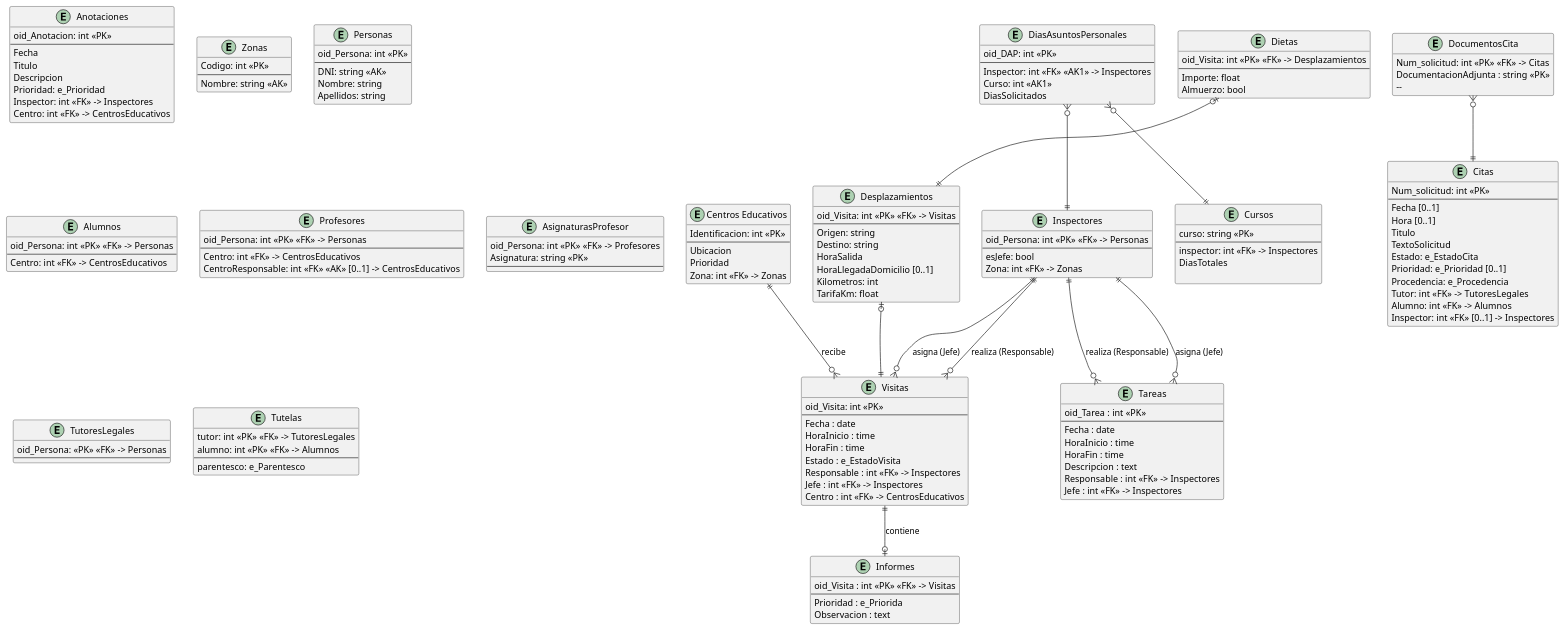
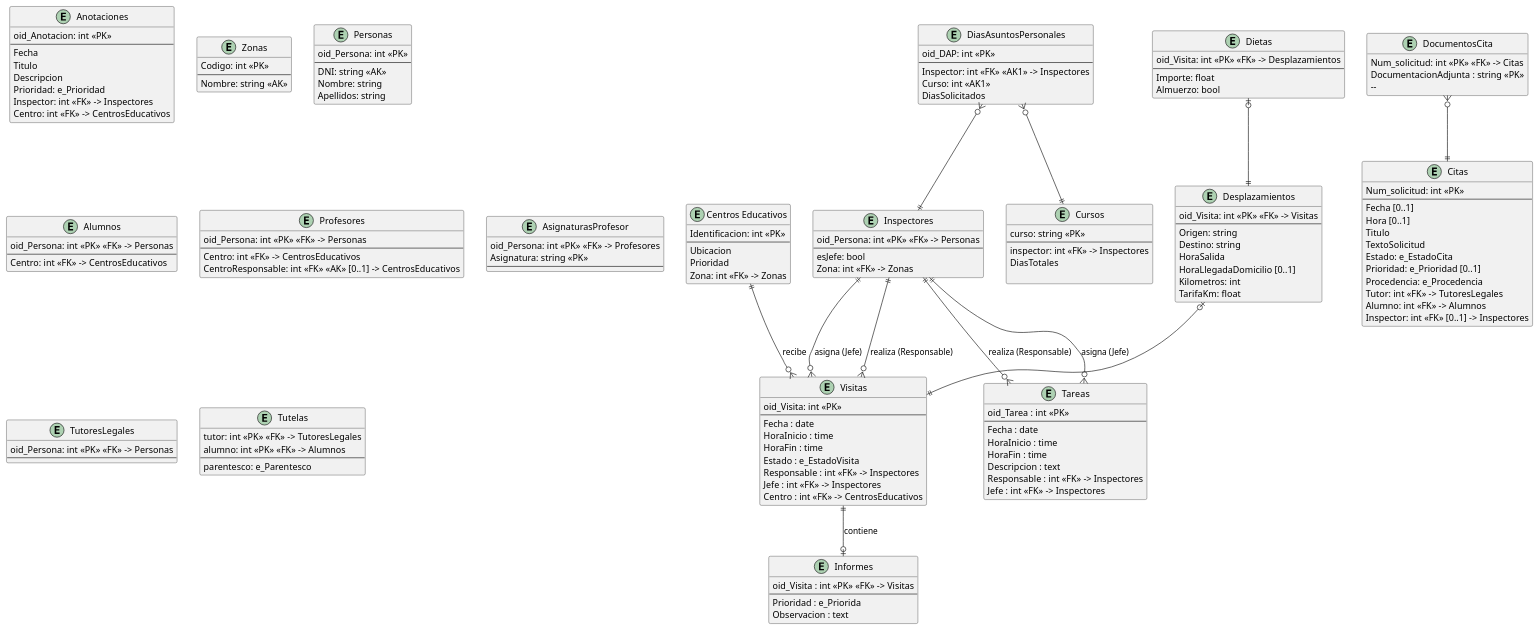
Before and after one commit to lorenzomaranon/ProyectoBD_Inspeccion_Educativa: the diagram in modelado/modelado_relacional.puml, drawn with PlantUML.

Commit message:
Finaliza tipos bloque personas

```diff
--- a/modelado/modelado_relacional.puml
+++ b/modelado/modelado_relacional.puml
@@ -1,178 +1,178 @@
 @startuml modelado_relacional
 hide methods
 skinparam ClassAttributeIconSize 0
 
 
 entity "Centros Educativos" as CentrosEducativos {
     Identificacion: int <<PK>>
     --
     Ubicacion
     Prioridad
     Zona: int <<FK>> -> Zonas
 }
 
 entity DocumentosCita {
     Num_solicitud: int <<PK>> <<FK>> -> Citas
     DocumentacionAdjunta : string <<PK>>
     --   
 }
 
 entity Citas {
     Num_solicitud: int <<PK>> 
     --
     Fecha [0..1]
     Hora [0..1]
     Titulo
     TextoSolicitud
     Estado: e_EstadoCita
     Prioridad: e_Prioridad [0..1]
     Procedencia: e_Procedencia
     Tutor: int <<FK>> -> TutoresLegales
     Alumno: int <<FK>> -> Alumnos
     Inspector: int <<FK>> [0..1] -> Inspectores
 }
 
 entity Anotaciones {
     oid_Anotacion: int <<PK>>
     --
     Fecha
     Titulo
     Descripcion
     Prioridad: e_Prioridad
     Inspector: int <<FK>> -> Inspectores
     Centro: int <<FK>> -> CentrosEducativos
 }
 
 entity Visitas {
     oid_Visita: int <<PK>>
     --
     Fecha : date
     HoraInicio : time
     HoraFin : time
     Estado : e_EstadoVisita
     Responsable : int <<FK>> -> Inspectores
     Jefe : int <<FK>> -> Inspectores
     Centro : int <<FK>> -> CentrosEducativos
 }
 
 entity Informes {
     oid_Visita : int <<PK>> <<FK>> -> Visitas
     --
     Prioridad : e_Priorida
     Observacion : text
 }
 
 entity Tareas {
     oid_Tarea : int <<PK>>
     --
     Fecha : date
     HoraInicio : time
     HoraFin : time
     Descripcion : text
     Responsable : int <<FK>> -> Inspectores
     Jefe : int <<FK>> -> Inspectores
 }
 
 entity Zonas {
     Codigo: int <<PK>>
     --
     Nombre: string <<AK>>
 }
 
 entity Personas {
     oid_Persona: int <<PK>>
     --
     DNI: string <<AK>>
     Nombre: string
     Apellidos: string
 }
 
 entity Inspectores {
     oid_Persona: int <<PK>> <<FK>> -> Personas
     --
     esJefe: bool
     Zona: int <<FK>> -> Zonas
 }
 
 entity Alumnos {
     oid_Persona: int <<PK>> <<FK>> -> Personas
     --
     Centro: int <<FK>> -> CentrosEducativos
 }
 
 entity Profesores {
     oid_Persona: int <<PK>> <<FK>> -> Personas
     --
     Centro: int <<FK>> -> CentrosEducativos
     CentroResponsable: int <<FK>> <<AK>> [0..1] -> CentrosEducativos
 }
 
 entity AsignaturasProfesor {
     oid_Persona: int <<PK>> <<FK>> -> Profesores
     Asignatura: string <<PK>>
     --
 }
 
 entity TutoresLegales {
-    oid_Persona: <<PK>> <<FK>> -> Personas
+    oid_Persona: int <<PK>> <<FK>> -> Personas
     --
 }
 
 entity Tutelas {
     tutor: int <<PK>> <<FK>> -> TutoresLegales
     alumno: int <<PK>> <<FK>> -> Alumnos
     --
     parentesco: e_Parentesco
 }
 
 Inspectores ||--o{ Visitas : realiza (Responsable)
 Inspectores ||--o{ Visitas : asigna (Jefe)
 Inspectores ||--o{ Tareas : realiza (Responsable)
 Inspectores ||--o{ Tareas : asigna (Jefe)
 CentrosEducativos ||--o{ Visitas : recibe
 Visitas ||--o| Informes : contiene
 
 entity Desplazamientos {
     oid_Visita: int <<PK>> <<FK>> -> Visitas
     --
     Origen: string
     Destino: string
     HoraSalida
     HoraLlegadaDomicilio [0..1]
     Kilometros: int
     TarifaKm: float
 }
 
 entity Dietas {
     oid_Visita: int <<PK>> <<FK>> -> Desplazamientos
     --
     Importe: float
     Almuerzo: bool
 }
 
 Desplazamientos |o--||Visitas
 Dietas |o--||Desplazamientos
 
 entity DiasAsuntosPersonales {
     oid_DAP: int <<PK>>
     --
     Inspector: int <<FK>> <<AK1>> -> Inspectores
     Curso: int <<AK1>>
     DiasSolicitados
 }
 
 entity Cursos {
     curso: string <<PK>>
     --
     inspector: int <<FK>> -> Inspectores
     DiasTotales
 
 }
 
 DiasAsuntosPersonales }o--||Cursos
 DiasAsuntosPersonales }o--||Inspectores
 
 '------- ASOCIACIONES --------------------------------------
 DocumentosCita }o--|| Citas
 
 @enduml
```
